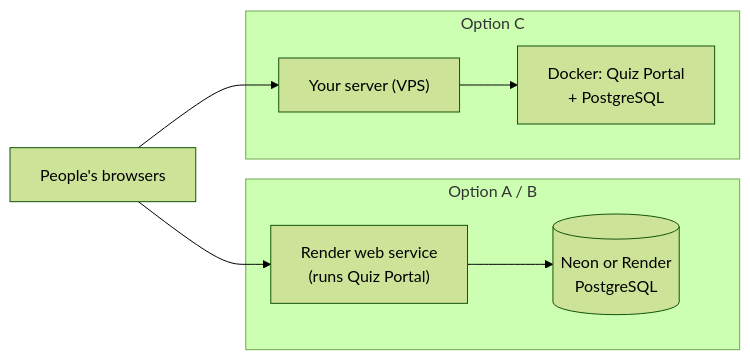
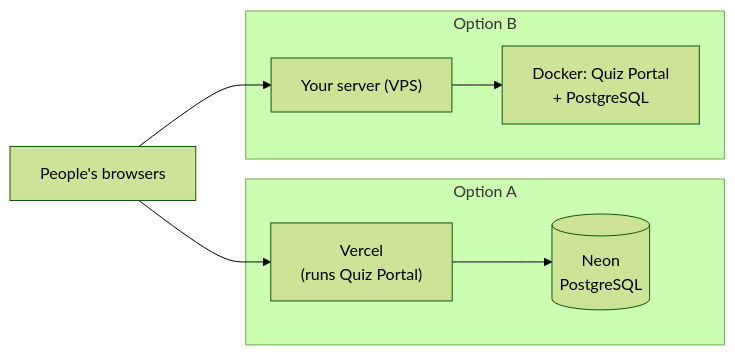
One commit to osandadeshan/quiz-portal changed the sixth of 7 diagrams in README.md. Above: the diagram before and after it, drawn with Mermaid (forest theme). The commit also changed other lines of this file and 18 other files, not shown here.

First line of the commit message:
Deploy on Vercel instead of Render; use the quiz-portal name

````diff
--- a/README.md
+++ b/README.md
@@ -490,11 +489,11 @@
 ```mermaid
 flowchart LR
-    subgraph A["Option A / B"]
-        R["Render web service<br/>(runs Quiz Portal)"] --> N[("Neon or Render<br/>PostgreSQL")]
+    subgraph A["Option A"]
+        VC["Vercel<br/>(runs Quiz Portal)"] --> N[("Neon<br/>PostgreSQL")]
     end
-    subgraph C["Option C"]
+    subgraph B["Option B"]
         V["Your server (VPS)"] --> DC["Docker: Quiz Portal<br/>+ PostgreSQL"]
     end
-    U["People's browsers"] --> R
+    U["People's browsers"] --> VC
     U --> V
 ```
````
